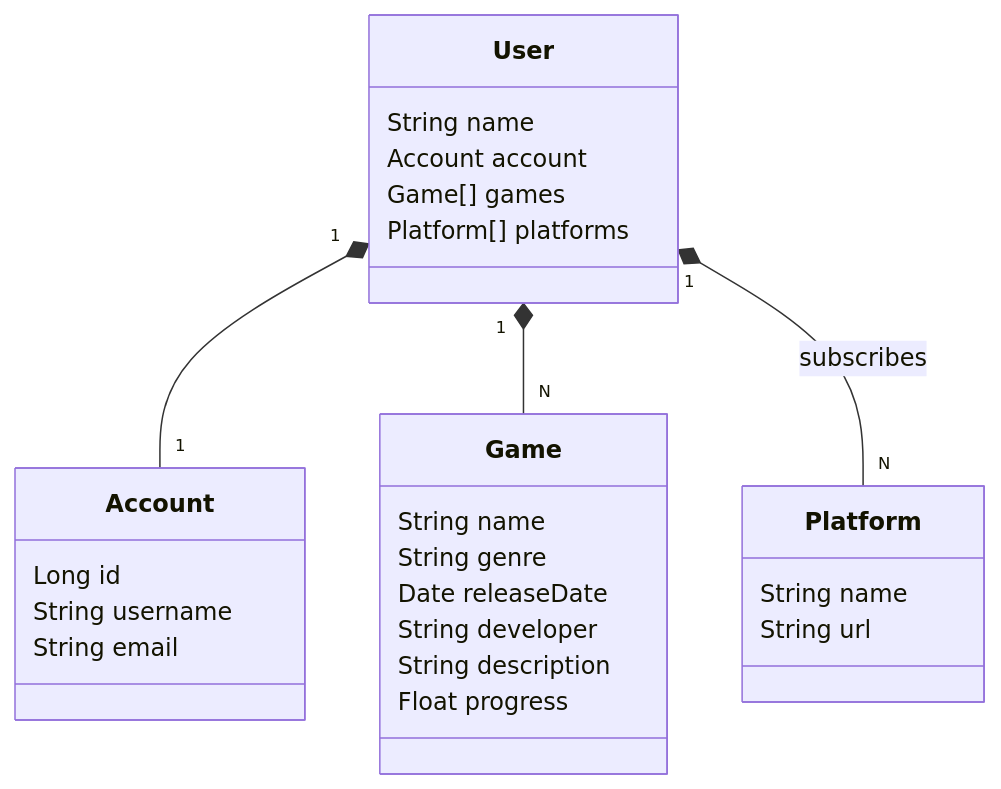
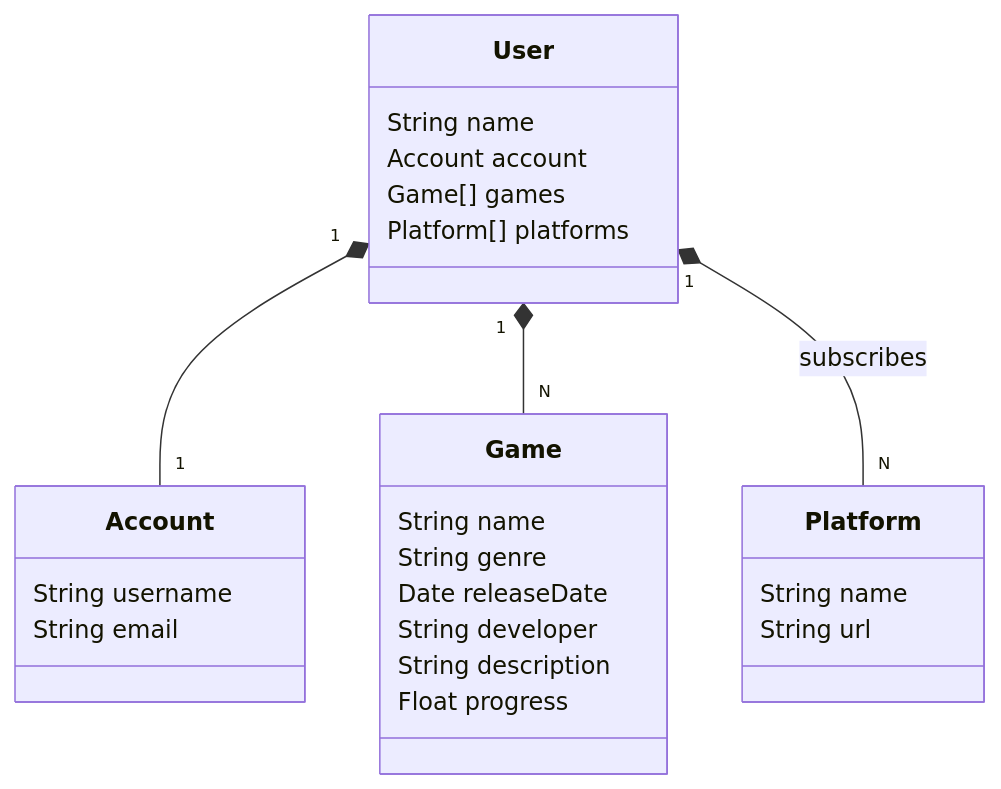
One commit to GuiBaeta/Projetos changed the diagram in Dio/ListaDeJogos/README.md. Above: the diagram before and after it, drawn with Mermaid.

````diff
--- a/Dio/ListaDeJogos/README.md
+++ b/Dio/ListaDeJogos/README.md
@@ -3,34 +3,33 @@
 ```mermaid
 classDiagram
     class User {
         String name
         Account account
         Game[] games
         Platform[] platforms
     }
 
     class Account {
-        Long id
         String username
         String email
     }
 
     class Game {
         String name
         String genre
         Date releaseDate
         String developer
         String description
         Float progress
     }
 
     class Platform {
         String name
         String url
     }
 
     User "1" *-- "1" Account
     User "1" *-- "N" Game
     User "1" *-- "N" Platform : subscribes
 
 ```
````
